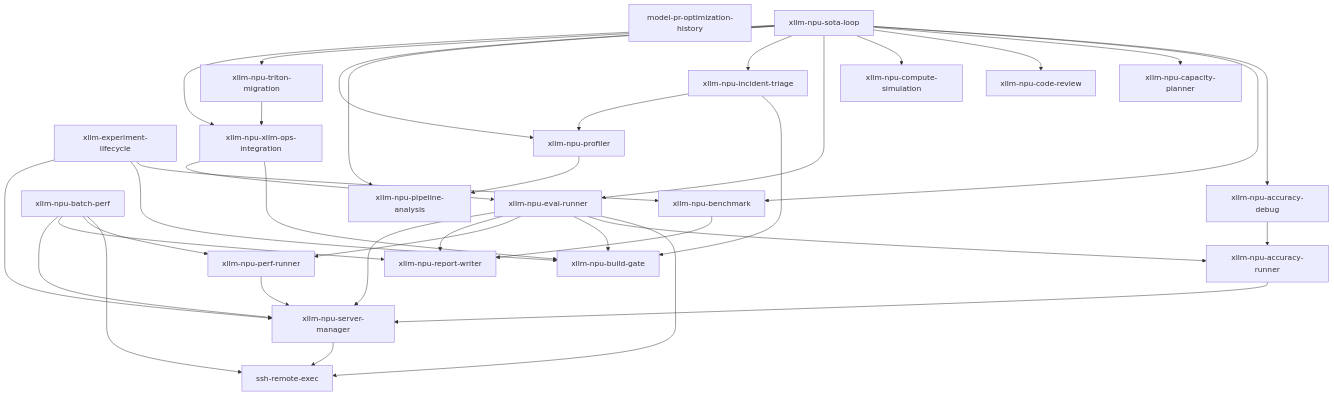
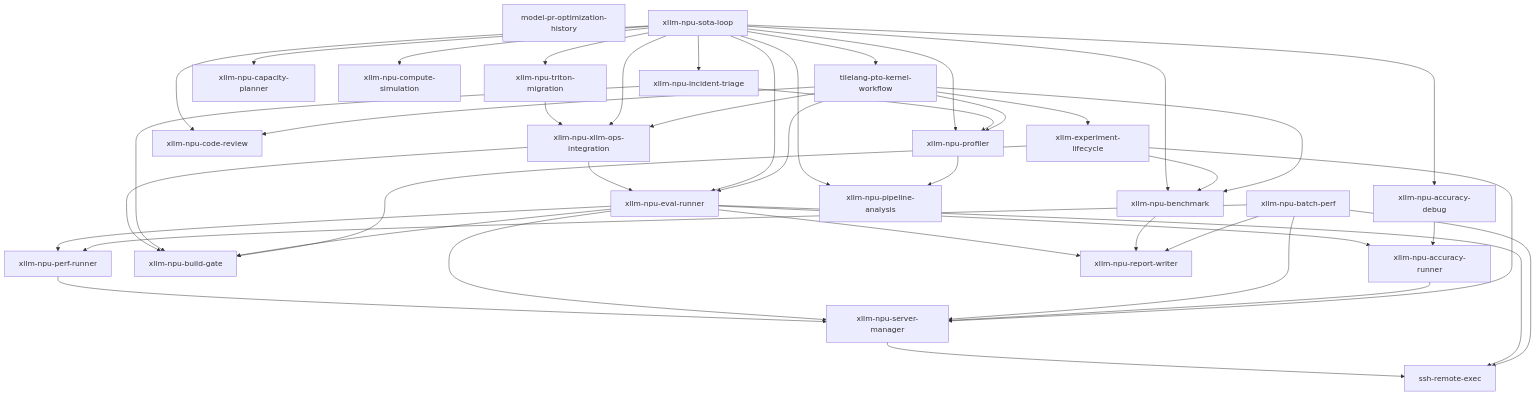
One commit to xLLM-AI/xllm-workflow changed the diagram in docs/architecture/skill-map.md. Above: the diagram before and after it, drawn with Mermaid. The commit also changed other lines of this file and 26 other files, not shown here.

Commit message:
feat: add TileLang PTO kernel workflow (#18)

````diff
--- a/docs/architecture/skill-map.md
+++ b/docs/architecture/skill-map.md
@@ -43,59 +44,67 @@
 ```mermaid
 flowchart TD
   s00["model-pr-optimization-history"]
   s01["ssh-remote-exec"]
-  s02["xllm-experiment-lifecycle"]
-  s03["xllm-npu-accuracy-debug"]
-  s04["xllm-npu-accuracy-runner"]
-  s05["xllm-npu-batch-perf"]
-  s06["xllm-npu-benchmark"]
-  s07["xllm-npu-build-gate"]
-  s08["xllm-npu-capacity-planner"]
-  s09["xllm-npu-code-review"]
-  s10["xllm-npu-compute-simulation"]
-  s11["xllm-npu-eval-runner"]
-  s12["xllm-npu-incident-triage"]
-  s13["xllm-npu-perf-runner"]
-  s14["xllm-npu-pipeline-analysis"]
-  s15["xllm-npu-profiler"]
-  s16["xllm-npu-report-writer"]
-  s17["xllm-npu-server-manager"]
-  s18["xllm-npu-sota-loop"]
-  s19["xllm-npu-triton-migration"]
-  s20["xllm-npu-xllm-ops-integration"]
-  s02 --> s06
+  s02["tilelang-pto-kernel-workflow"]
+  s03["xllm-experiment-lifecycle"]
+  s04["xllm-npu-accuracy-debug"]
+  s05["xllm-npu-accuracy-runner"]
+  s06["xllm-npu-batch-perf"]
+  s07["xllm-npu-benchmark"]
+  s08["xllm-npu-build-gate"]
+  s09["xllm-npu-capacity-planner"]
+  s10["xllm-npu-code-review"]
+  s11["xllm-npu-compute-simulation"]
+  s12["xllm-npu-eval-runner"]
+  s13["xllm-npu-incident-triage"]
+  s14["xllm-npu-perf-runner"]
+  s15["xllm-npu-pipeline-analysis"]
+  s16["xllm-npu-profiler"]
+  s17["xllm-npu-report-writer"]
+  s18["xllm-npu-server-manager"]
+  s19["xllm-npu-sota-loop"]
+  s20["xllm-npu-triton-migration"]
+  s21["xllm-npu-xllm-ops-integration"]
+  s02 --> s03
   s02 --> s07
-  s02 --> s17
-  s03 --> s04
-  s04 --> s17
-  s05 --> s01
-  s05 --> s13
-  s05 --> s16
-  s05 --> s17
-  s06 --> s16
-  s11 --> s01
-  s11 --> s04
-  s11 --> s07
-  s11 --> s13
-  s11 --> s16
-  s11 --> s17
-  s12 --> s07
-  s12 --> s15
-  s13 --> s17
-  s15 --> s14
-  s17 --> s01
-  s18 --> s03
-  s18 --> s06
-  s18 --> s08
-  s18 --> s09
-  s18 --> s10
-  s18 --> s11
-  s18 --> s12
-  s18 --> s14
-  s18 --> s15
-  s18 --> s19
-  s18 --> s20
+  s02 --> s10
+  s02 --> s12
+  s02 --> s16
+  s02 --> s21
+  s03 --> s07
+  s03 --> s08
+  s03 --> s18
+  s04 --> s05
+  s05 --> s18
+  s06 --> s01
+  s06 --> s14
+  s06 --> s17
+  s06 --> s18
+  s07 --> s17
+  s12 --> s01
+  s12 --> s05
+  s12 --> s08
+  s12 --> s14
+  s12 --> s17
+  s12 --> s18
+  s13 --> s08
+  s13 --> s16
+  s14 --> s18
+  s16 --> s15
+  s18 --> s01
+  s19 --> s02
+  s19 --> s04
+  s19 --> s07
+  s19 --> s09
+  s19 --> s10
+  s19 --> s11
+  s19 --> s12
+  s19 --> s13
+  s19 --> s15
+  s19 --> s16
   s19 --> s20
-  s20 --> s07
-  s20 --> s11
+  s19 --> s21
+  s20 --> s21
+  s21 --> s08
+  s21 --> s12
 ```
````
